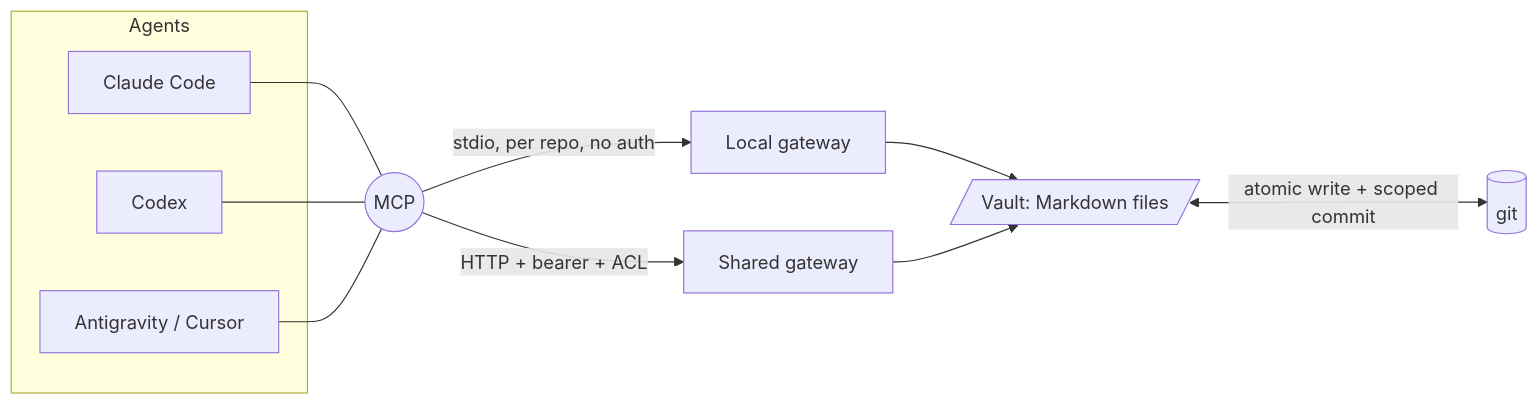
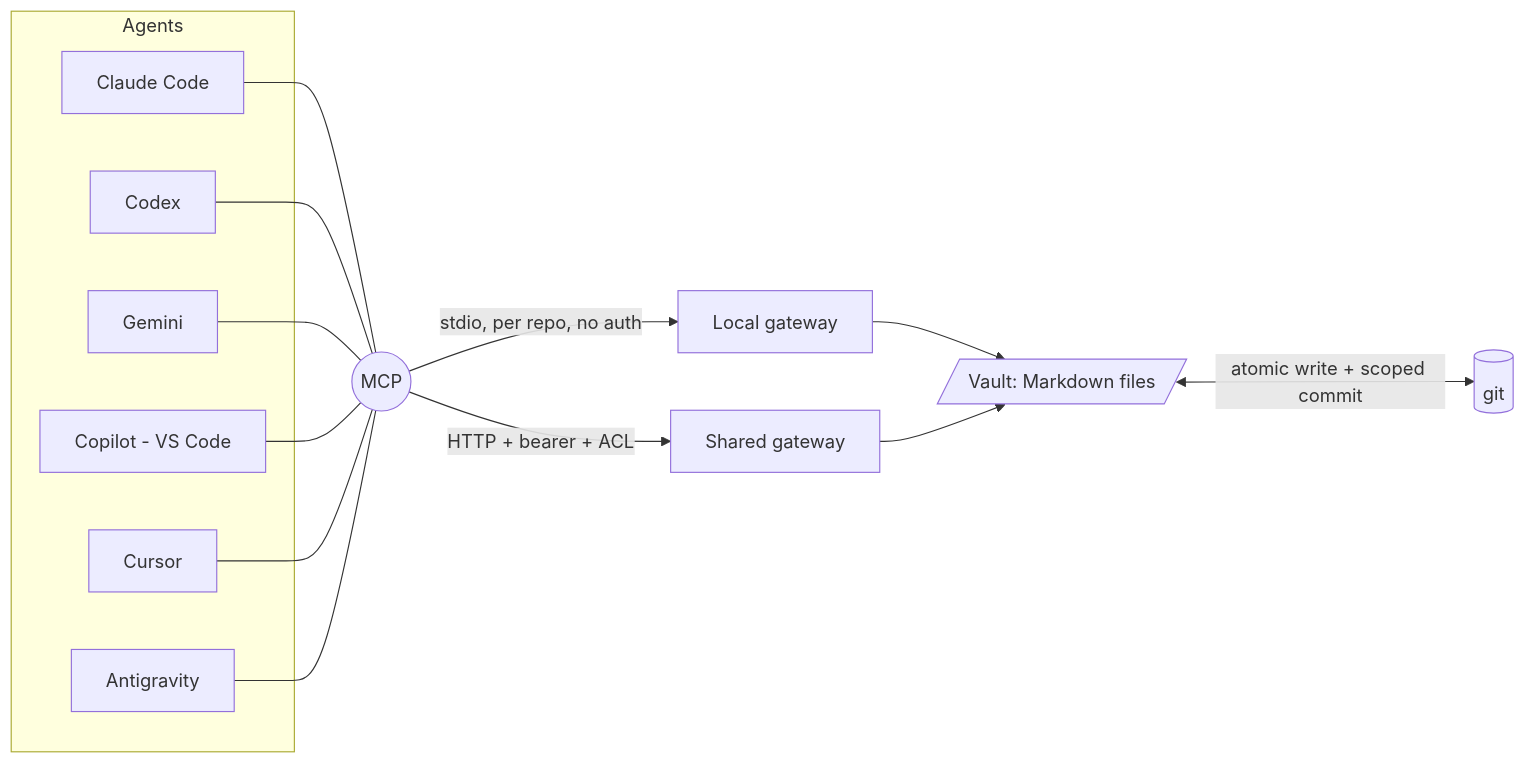
Before and after one commit to fszalaj/knowledge-gateway: the first of 2 diagrams in README.md, drawn with Mermaid.

Commit message:
README architecture diagram: add Gemini + Copilot (VS Code), split Cursor/Antigravity

````diff
--- a/README.md
+++ b/README.md
@@ -20,16 +20,22 @@
 ```mermaid
 flowchart LR
     subgraph clients [Agents]
         A1[Claude Code]
         A2[Codex]
-        A3[Antigravity / Cursor]
+        A3[Gemini]
+        A4[Copilot - VS Code]
+        A5[Cursor]
+        A6[Antigravity]
     end
     A1 --- M(( MCP ))
     A2 --- M
     A3 --- M
+    A4 --- M
+    A5 --- M
+    A6 --- M
     M -->|stdio, per repo, no auth| L[Local gateway]
     M -->|HTTP + bearer + ACL| S[Shared gateway]
     L --> V[/Vault: Markdown files/]
     S --> V
     V <-->|atomic write + scoped commit| G[(git)]
 ```
````
